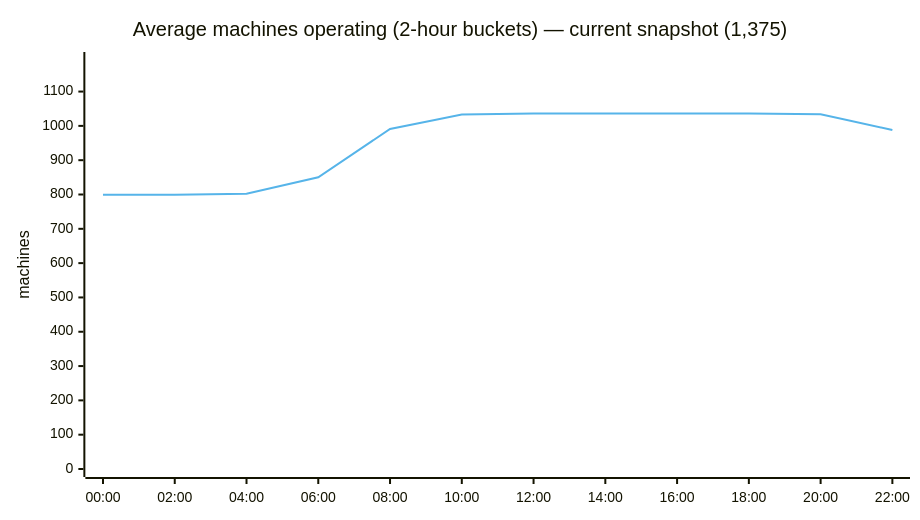
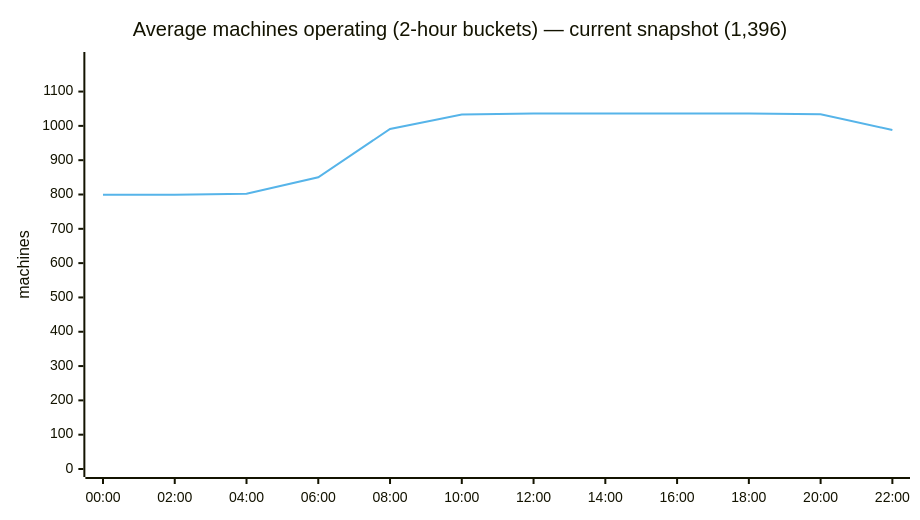
One commit to cheeaun/returnright-data changed the second of 5 diagrams in ANALYSIS.md. Above: the diagram before and after it, drawn with Mermaid. The commit also changed other lines of this file and 4 other files, not shown here.

````diff
--- a/ANALYSIS.md
+++ b/ANALYSIS.md
@@ -64,15 +66,15 @@
 ```mermaid
 ---
 config:
   themeVariables:
     xyChart:
       plotColorPalette: "#56B4E9"
   xyChart:
     width: 900
 ---
 xychart-beta
-    title "Average machines operating (2-hour buckets) — current snapshot (1,375)"
+    title "Average machines operating (2-hour buckets) — current snapshot (1,396)"
     x-axis ["00:00", "02:00", "04:00", "06:00", "08:00", "10:00", "12:00", "14:00", "16:00", "18:00", "20:00", "22:00"]
     y-axis "machines" 0 --> 1192
     line [799, 799, 802, 850, 991, 1033, 1036, 1036, 1036, 1036, 1034, 988]
 ```
````
